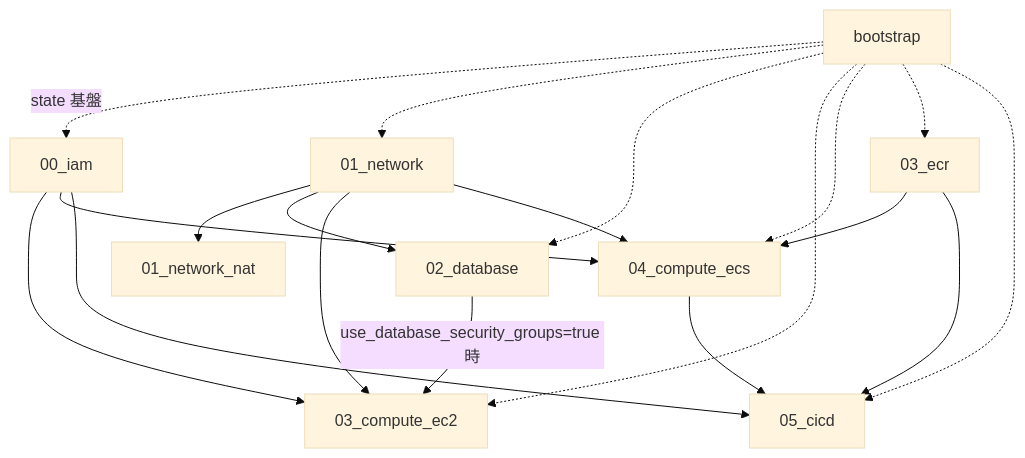
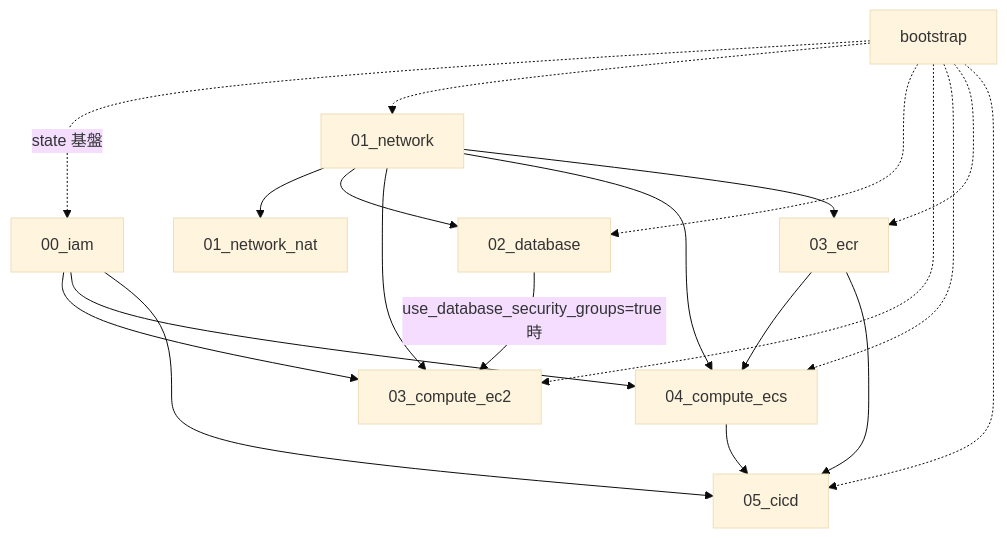
The second of 2 diagrams in README.md (r-fukuda-git/r-fukuda-terraform), drawn with Mermaid (base theme) before and after one commit. The commit also changed other lines of this file, not shown here.

Commit message:
docs(aws): add prd architecture diagram to README

````diff
--- a/README.md
+++ b/README.md
@@ -31,32 +101,33 @@
 ```mermaid
 flowchart TD
   bootstrap[bootstrap]
   iam[00_iam]
   network[01_network]
   network_nat[01_network_nat]
   database[02_database]
   ec2[03_compute_ec2]
   ecr[03_ecr]
   ecs[04_compute_ecs]
   cicd[05_cicd]
 
   bootstrap -.->|state 基盤| iam
   bootstrap -.-> network
   bootstrap -.-> database
   bootstrap -.-> ec2
   bootstrap -.-> ecs
   bootstrap -.-> ecr
   bootstrap -.-> cicd
 
   network --> network_nat
   network --> database
   network --> ec2
   network --> ecs
+  network --> ecr
   iam --> ec2
   iam --> ecs
   iam --> cicd
   database -->|use_database_security_groups=true 時| ec2
   ecr --> ecs
   ecr --> cicd
   ecs --> cicd
 ```
````
